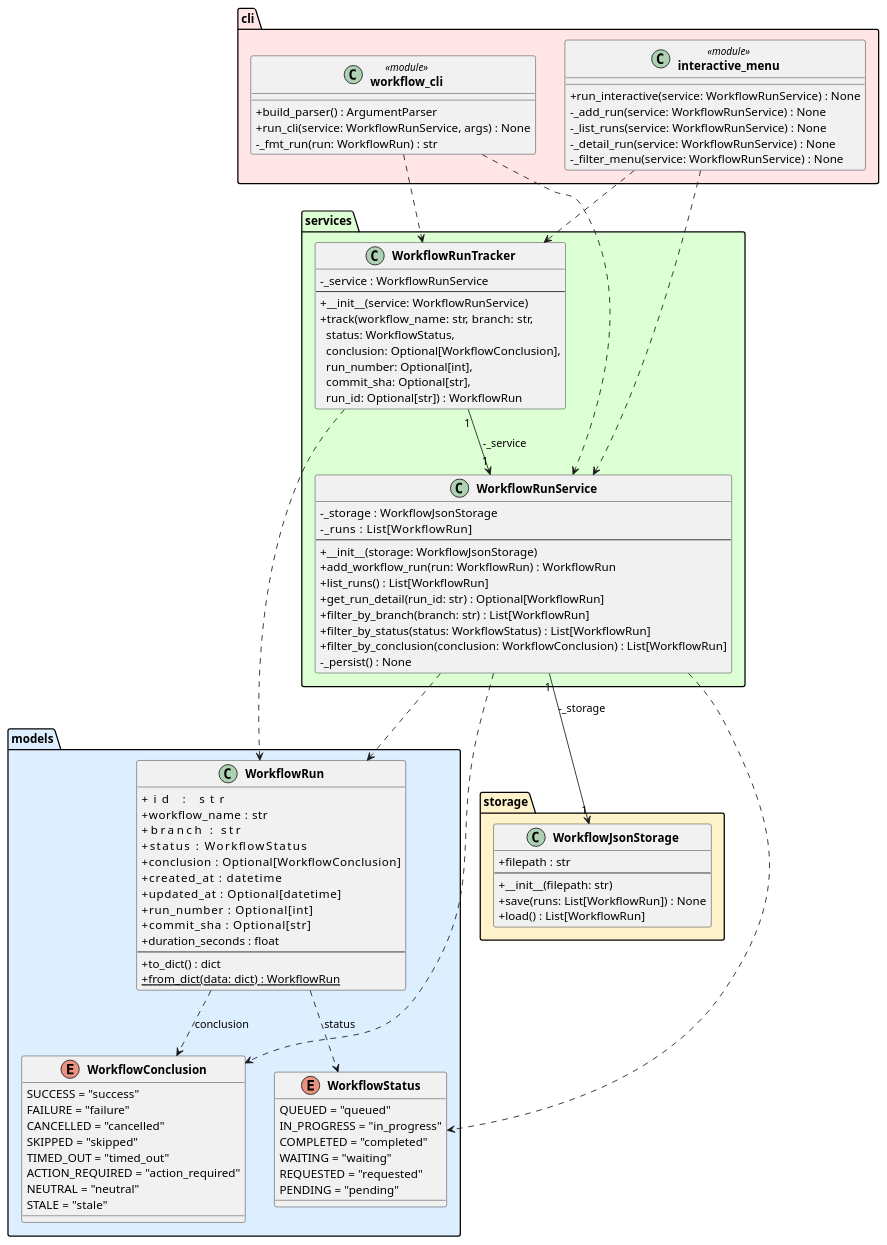
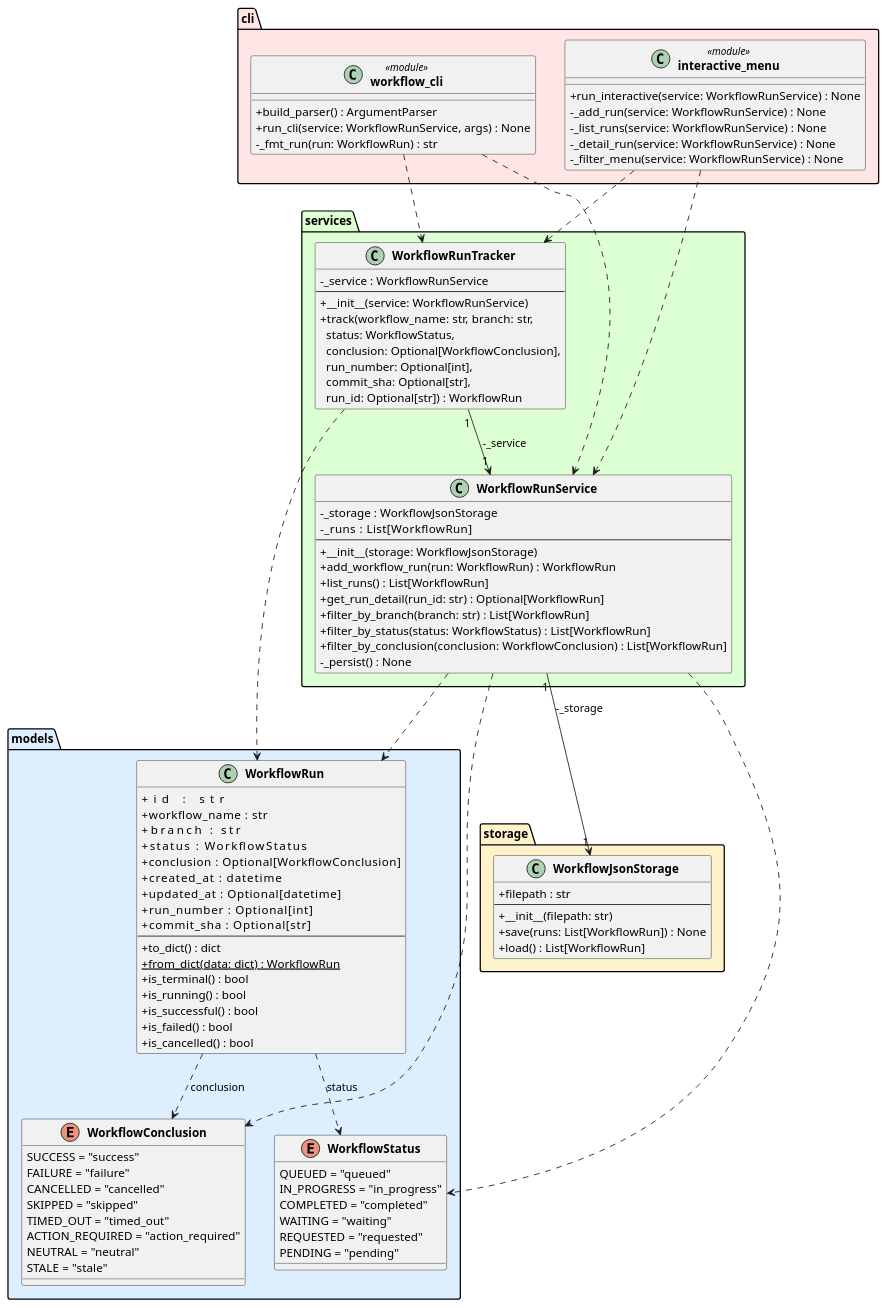
One commit to DanielRiha8906/Software_autoevolution_using_agents changed the diagram in experiments/broadcast/user_stories/github-workflow-manager/artifacts/class_diagram.puml. Above: the diagram before and after it, drawn with PlantUML. The commit also changed 3 other files, not shown here.

```diff
--- a/experiments/broadcast/user_stories/github-workflow-manager/artifacts/class_diagram.puml
+++ b/experiments/broadcast/user_stories/github-workflow-manager/artifacts/class_diagram.puml
@@ -1,106 +1,110 @@
 @startuml class_diagram
 
 skinparam classAttributeIconSize 0
 skinparam classFontStyle bold
 
 package "models" #DDEEFF {
     enum WorkflowStatus {
         QUEUED = "queued"
         IN_PROGRESS = "in_progress"
         COMPLETED = "completed"
         WAITING = "waiting"
         REQUESTED = "requested"
         PENDING = "pending"
     }
 
     enum WorkflowConclusion {
         SUCCESS = "success"
         FAILURE = "failure"
         CANCELLED = "cancelled"
         SKIPPED = "skipped"
         TIMED_OUT = "timed_out"
         ACTION_REQUIRED = "action_required"
         NEUTRAL = "neutral"
         STALE = "stale"
     }
 
     class WorkflowRun {
         +id               : str
         +workflow_name    : str
         +branch           : str
         +status           : WorkflowStatus
         +conclusion       : Optional[WorkflowConclusion]
         +created_at       : datetime
         +updated_at       : Optional[datetime]
         +run_number       : Optional[int]
         +commit_sha       : Optional[str]
-        +duration_seconds : float
         --
         +to_dict() : dict
         +{static} from_dict(data: dict) : WorkflowRun
+        +is_terminal() : bool
+        +is_running() : bool
+        +is_successful() : bool
+        +is_failed() : bool
+        +is_cancelled() : bool
     }
 }
 
 package "storage" #FFF3CC {
     class WorkflowJsonStorage {
         +filepath : str
         --
         +__init__(filepath: str)
         +save(runs: List[WorkflowRun]) : None
         +load() : List[WorkflowRun]
     }
 }
 
 package "services" #DDFFD4 {
     class WorkflowRunService {
         -_storage : WorkflowJsonStorage
         -_runs    : List[WorkflowRun]
         --
         +__init__(storage: WorkflowJsonStorage)
         +add_workflow_run(run: WorkflowRun) : WorkflowRun
         +list_runs() : List[WorkflowRun]
         +get_run_detail(run_id: str) : Optional[WorkflowRun]
         +filter_by_branch(branch: str) : List[WorkflowRun]
         +filter_by_status(status: WorkflowStatus) : List[WorkflowRun]
         +filter_by_conclusion(conclusion: WorkflowConclusion) : List[WorkflowRun]
         -_persist() : None
     }
 
     class WorkflowRunTracker {
         -_service : WorkflowRunService
         --
         +__init__(service: WorkflowRunService)
         +track(workflow_name: str, branch: str,\n  status: WorkflowStatus,\n  conclusion: Optional[WorkflowConclusion],\n  run_number: Optional[int],\n  commit_sha: Optional[str],\n  run_id: Optional[str]) : WorkflowRun
     }
 }
 
 package "cli" #FFE5E5 {
     class "workflow_cli" <<module>> {
         +build_parser() : ArgumentParser
         +run_cli(service: WorkflowRunService, args) : None
         -_fmt_run(run: WorkflowRun) : str
     }
 
     class "interactive_menu" <<module>> {
         +run_interactive(service: WorkflowRunService) : None
         -_add_run(service: WorkflowRunService) : None
         -_list_runs(service: WorkflowRunService) : None
         -_detail_run(service: WorkflowRunService) : None
         -_filter_menu(service: WorkflowRunService) : None
     }
 }
 
 WorkflowRun                ..>  WorkflowStatus        : status
 WorkflowRun                ..>  WorkflowConclusion    : conclusion
 WorkflowRunService    "1" --> "1" WorkflowJsonStorage : -_storage
 WorkflowRunService         ..>  WorkflowRun
 WorkflowRunService         ..>  WorkflowStatus
 WorkflowRunService         ..>  WorkflowConclusion
 WorkflowRunTracker    "1" --> "1" WorkflowRunService  : -_service
 WorkflowRunTracker         ..>  WorkflowRun
 "workflow_cli"             ..>  WorkflowRunService
 "workflow_cli"             ..>  WorkflowRunTracker
 "interactive_menu"         ..>  WorkflowRunService
 "interactive_menu"         ..>  WorkflowRunTracker
 
 @enduml
```
